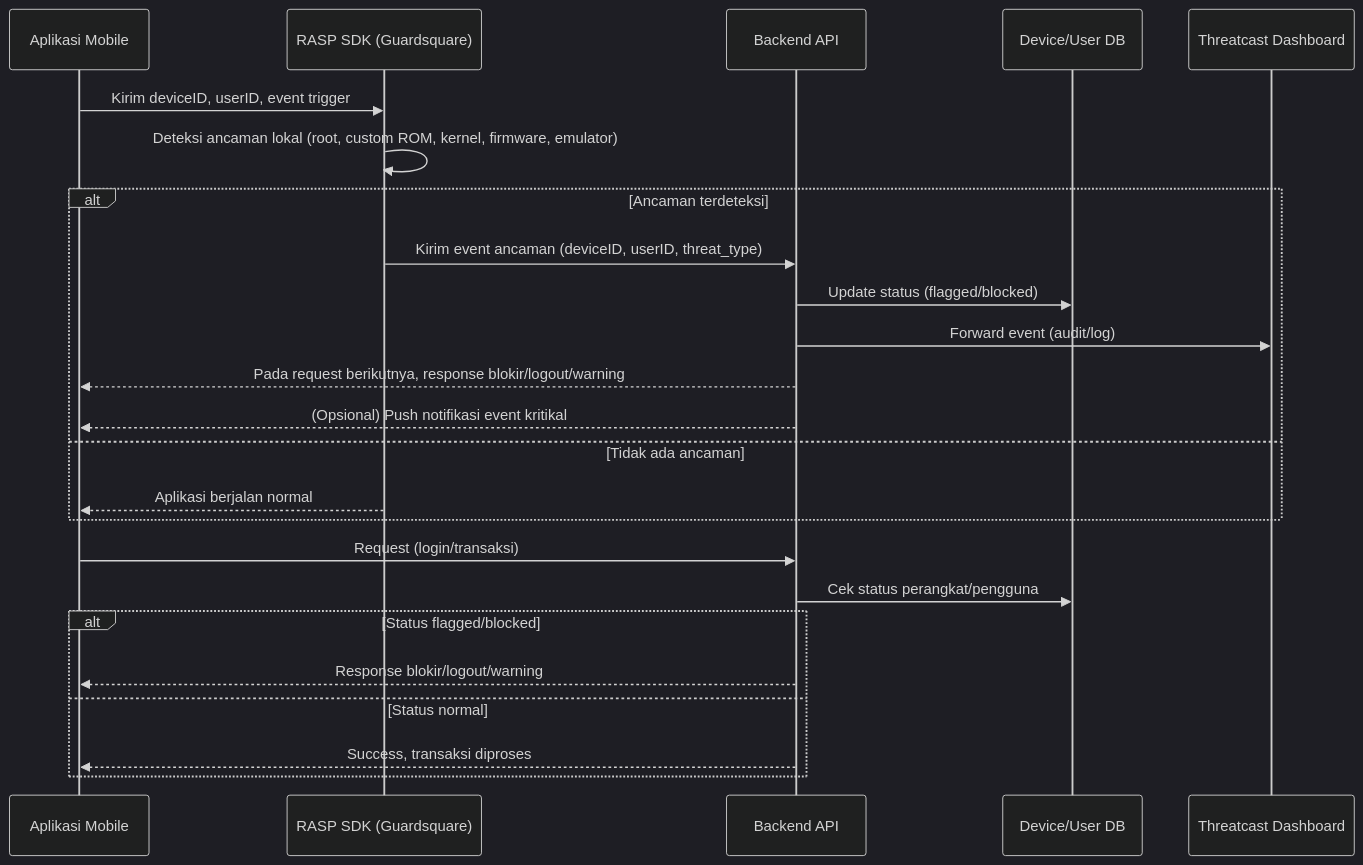
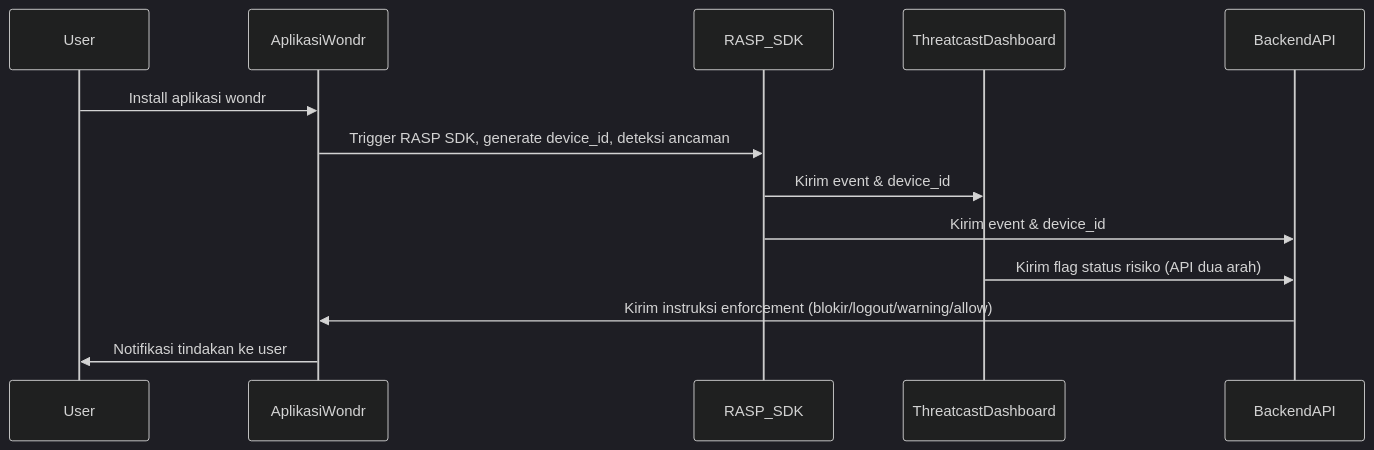
One commit to mdierm/threatcast changed the diagram in threatcast.md. Above: the diagram before and after it, drawn with Mermaid (dark theme). The commit also changed other lines of this file, not shown here.

````diff
--- a/threatcast.md
+++ b/threatcast.md
@@ -104,27 +90,16 @@
 ```mermaid
 sequenceDiagram
-    participant App as Aplikasi Mobile
-    participant RASP as RASP SDK (Guardsquare)
-    participant Backend as Backend API
-    participant DB as Device/User DB
-    participant Threatcast as Threatcast Dashboard
+    participant User as User
+    participant App as AplikasiWondr
+    participant RASP as RASP_SDK
+    participant Threatcast as ThreatcastDashboard
+    participant Backend as BackendAPI
 
-    App->>RASP: Kirim deviceID, userID, event trigger
-    RASP->>RASP: Deteksi ancaman lokal (root, custom ROM, kernel, firmware, emulator)
-    alt Ancaman terdeteksi
-        RASP->>Backend: Kirim event ancaman (deviceID, userID, threat_type)
-        Backend->>DB: Update status (flagged/blocked)
-        Backend->>Threatcast: Forward event (audit/log)
-        Backend-->>App: Pada request berikutnya, response blokir/logout/warning
-        Backend-->>App: (Opsional) Push notifikasi event kritikal
-    else Tidak ada ancaman
-        RASP-->>App: Aplikasi berjalan normal
-    end
-    App->>Backend: Request (login/transaksi)
-    Backend->>DB: Cek status perangkat/pengguna
-    alt Status flagged/blocked
-        Backend-->>App: Response blokir/logout/warning
-    else Status normal
-        Backend-->>App: Success, transaksi diproses
-    end
+    User->>App: Install aplikasi wondr
+    App->>RASP: Trigger RASP SDK, generate device_id, deteksi ancaman
+    RASP->>Threatcast: Kirim event & device_id
+    RASP->>Backend: Kirim event & device_id
+    Threatcast->>Backend: Kirim flag status risiko (API dua arah)
+    Backend->>App: Kirim instruksi enforcement (blokir/logout/warning/allow)
+    App->>User: Notifikasi tindakan ke user
 ```
````
